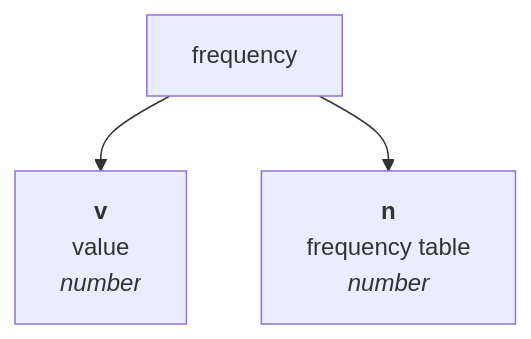
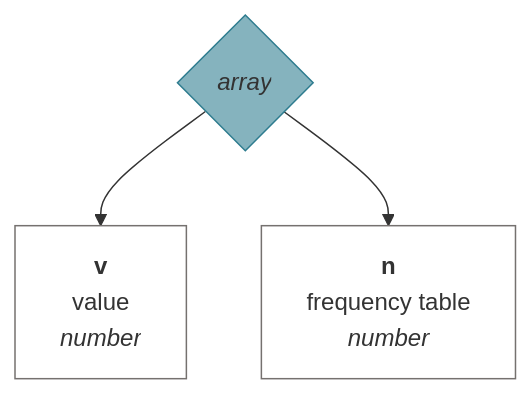
Diagram 15 of 23 in docs/en-GB/vector.md (muzikp/retusa), drawn with Mermaid before and after one commit. The commit also changed other lines of this file and 17 other files, not shown here.

````diff
--- a/docs/en-GB/vector.md
+++ b/docs/en-GB/vector.md
@@ -440,6 +494,13 @@
 ```mermaid
 graph TD
+frequency{<i>array</i>}
+style frequency fill:#85B3BE;
+style frequency stroke:#2E7C8F;
 frequency --> v[<b>v</b><br>value <br><i>number</i>]
+style v fill:#FFFFFF;
+style v stroke:#75716F;
 frequency --> n[<b>n</b><br>frequency table <br><i>number</i>]
+style n fill:#FFFFFF;
+style n stroke:#75716F;
 
 ```
````
